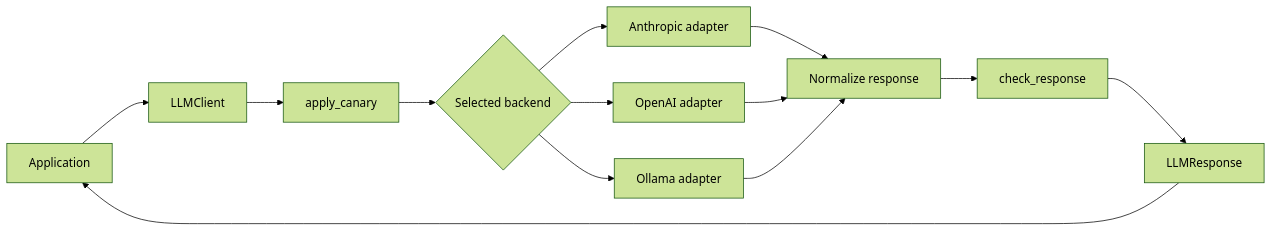
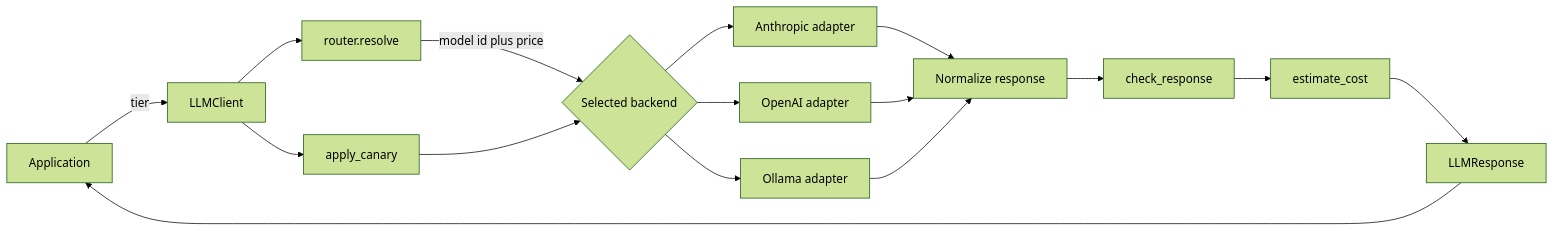
One commit to shep-engineering/waygate-ai changed the first of 2 diagrams in docs/architecture.md. Above: the diagram before and after it, drawn with Mermaid (forest theme). The commit also changed other lines of this file and 8 other files, not shown here.

````diff
--- a/docs/architecture.md
+++ b/docs/architecture.md
@@ -11,15 +11,18 @@
 ```mermaid
 flowchart LR
-  App[Application] --> Client[LLMClient]
+  App[Application] -->|"tier"| Client[LLMClient]
+  Client --> Router["router.resolve"]
+  Router -->|"model id plus price"| Dispatch
   Client --> Canary[apply_canary]
   Canary --> Dispatch{Selected backend}
   Dispatch --> Anthropic[Anthropic adapter]
   Dispatch --> OpenAI[OpenAI adapter]
   Dispatch --> Ollama[Ollama adapter]
   Anthropic --> Normalize[Normalize response]
   OpenAI --> Normalize
   Ollama --> Normalize
   Normalize --> Scrub[check_response]
-  Scrub --> Response[LLMResponse]
+  Scrub --> Cost["estimate_cost"]
+  Cost --> Response[LLMResponse]
   Response --> App
 ```
````
